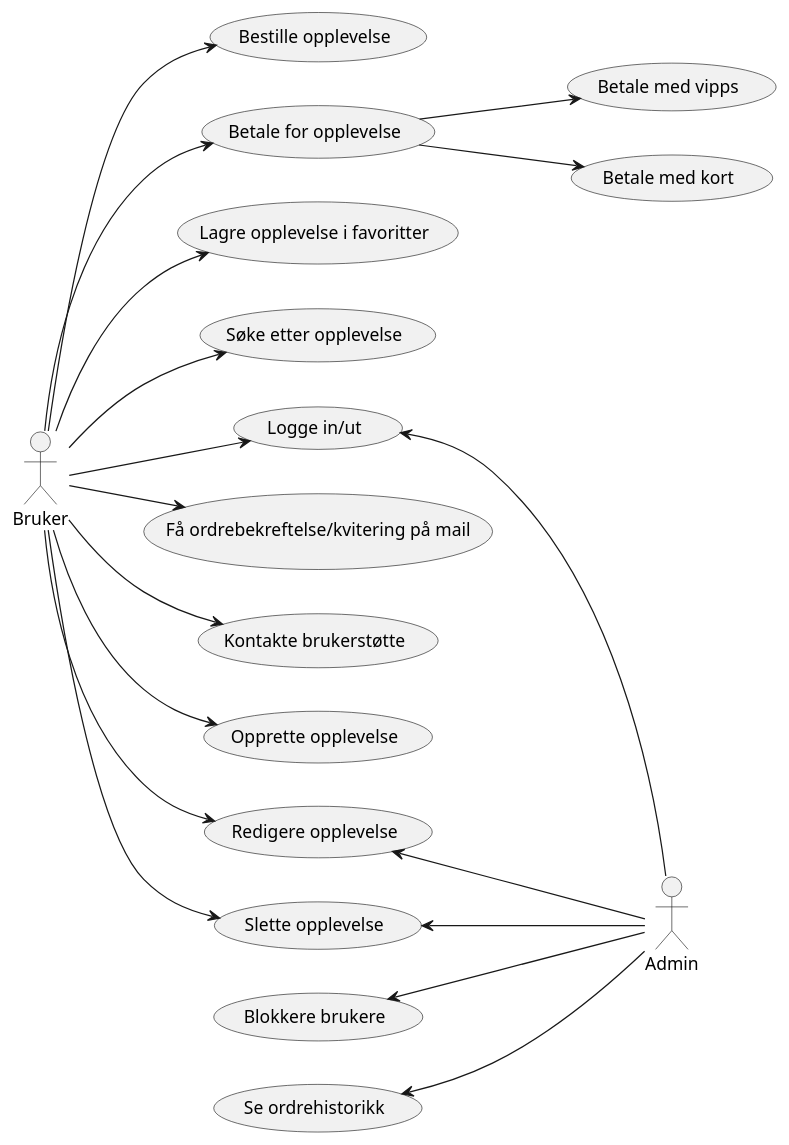
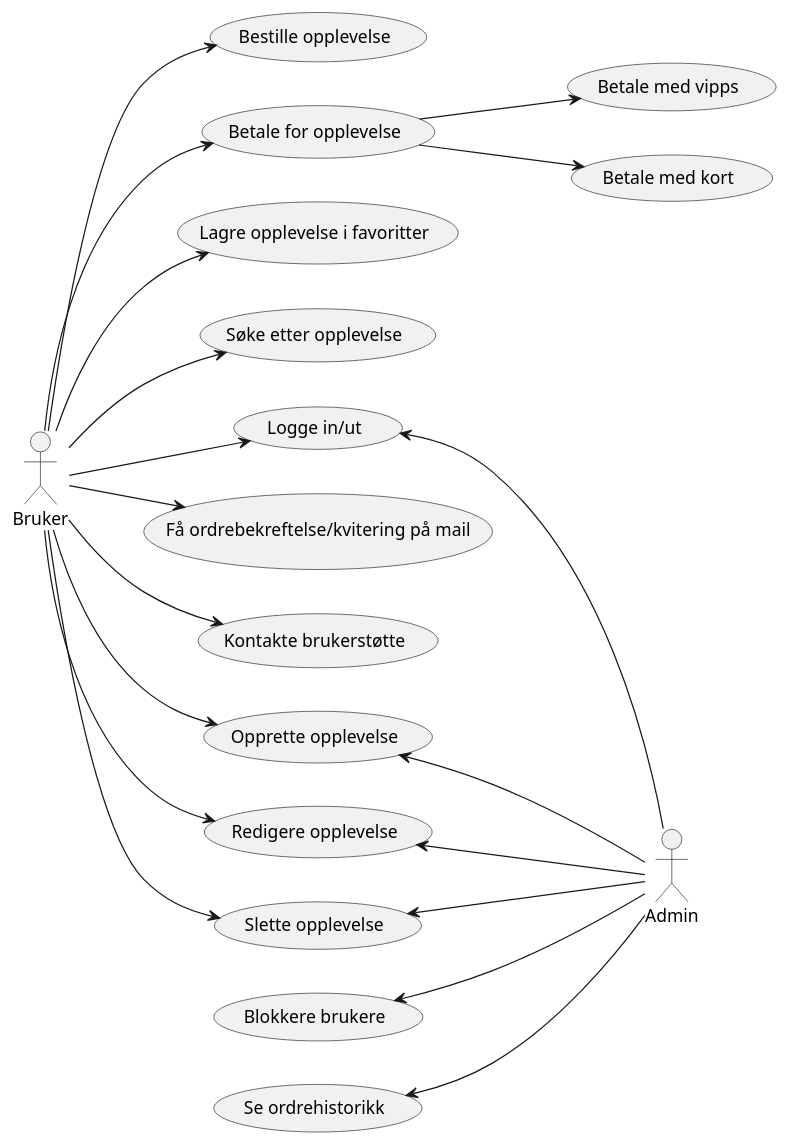
One commit to mapclean9r/os_Systemer changed the diagram in plantuml_diagrammer/usecasediagram.puml. Above: the diagram before and after it, drawn with PlantUML.

Commit message:
små endringer
rerere

```diff
--- a/plantuml_diagrammer/usecasediagram.puml
+++ b/plantuml_diagrammer/usecasediagram.puml
@@ -1,29 +1,23 @@
 @startuml oppgave1
 left to right direction
 :Bruker: --> (Bestille opplevelse) 
 :Bruker: --> (Betale for opplevelse)
 (Betale for opplevelse) --> (Betale med vipps)
 (Betale for opplevelse) --> (Betale med kort)
 :Bruker: --> (Lagre opplevelse i favoritter)
 :Bruker: --> (Søke etter opplevelse)
 :Bruker: --> (Logge in/ut)
 :Bruker: --> (Få ordrebekreftelse/kvitering på mail)
 :Bruker: --> (Kontakte brukerstøtte)
 :Bruker: --> (Opprette opplevelse)
 :Bruker: --> (Redigere opplevelse)
 :Bruker: --> (Slette opplevelse)
 
 
-
-'(Redigere opplevelse) --> (Slette opplevelse)
+(Opprette opplevelse) <-- :Admin:
 (Redigere opplevelse) <-- :Admin:
-'(Redigere opplevelse) --> (Legge til ny opplevelse)
 (Blokkere brukere) <-- :Admin:
-'(Redigere bestilling) --> (Kansellere bestilling)
-':Admin: --> (Søke etter opplevelse)
-':Bruker: --> (Se ordrehistorikk)
-':Admin: --> (Se ordrehistorikk)
 (Se ordrehistorikk) <-- :Admin:
 (Logge in/ut) <-- :Admin:
 (Slette opplevelse) <-- :Admin:
 @enduml
```
